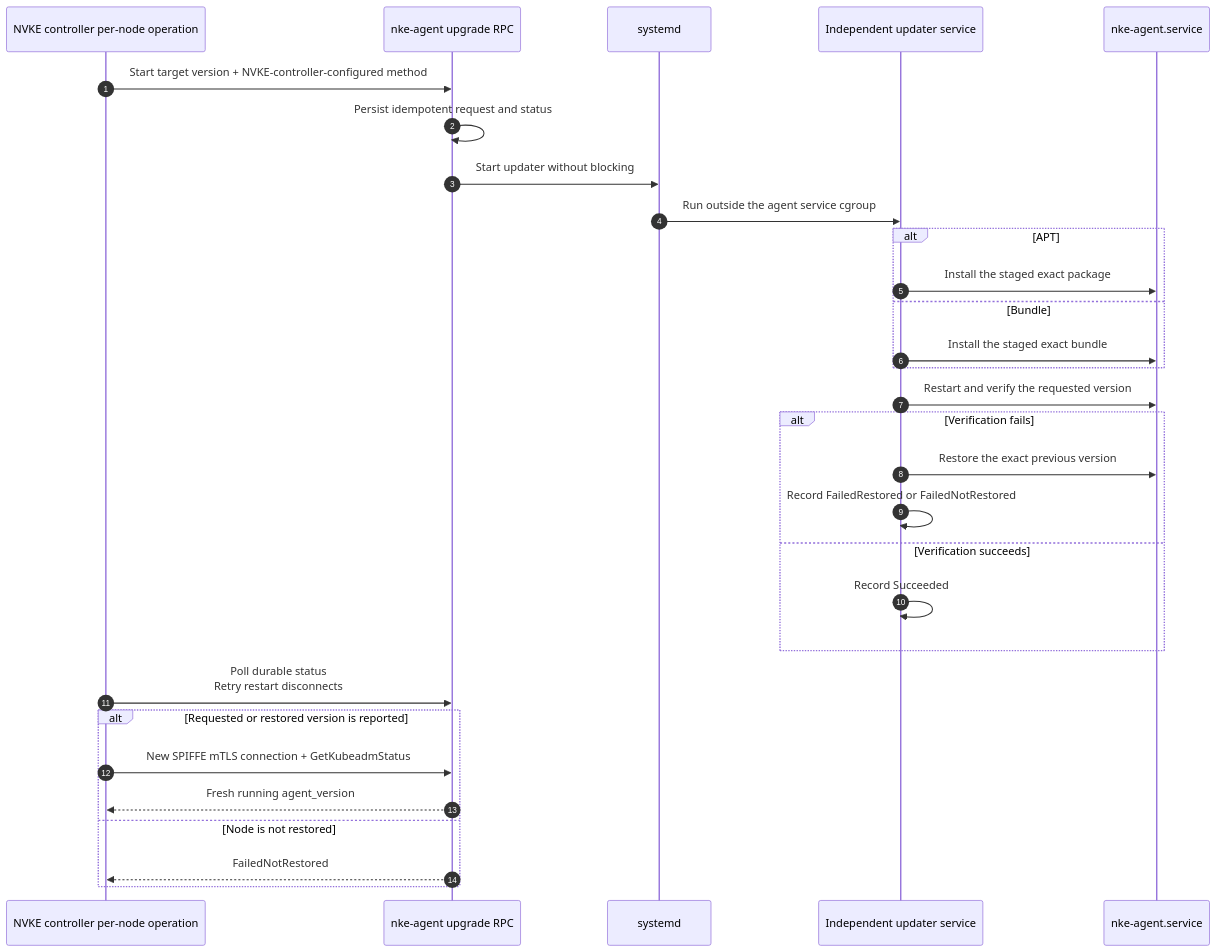
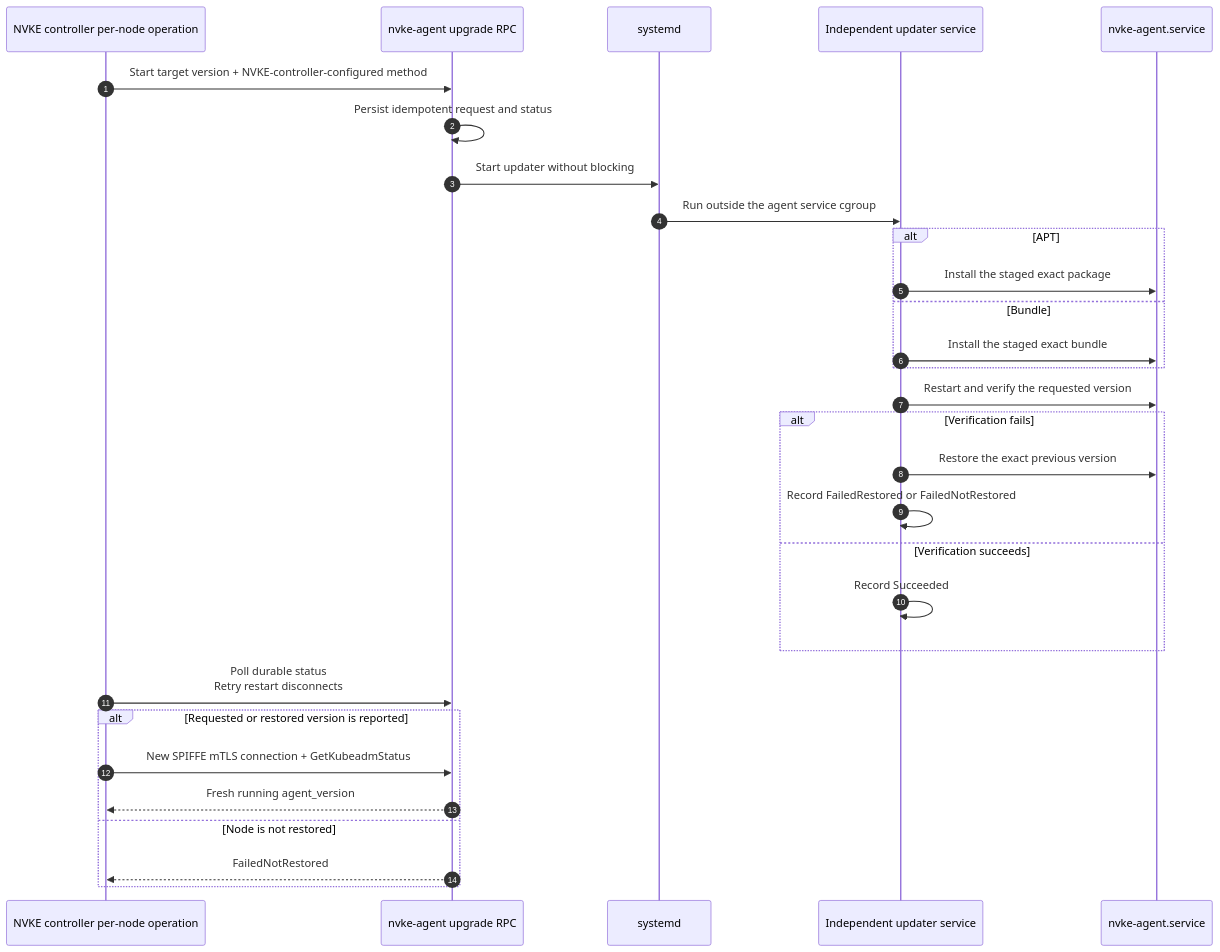
The third of 3 diagrams in agent/docs/in-place-update/in-place-rollout-design.md (FrankSpitulski/nvke), drawn with Mermaid before and after one commit. The commit also changed other lines of this file and 179 other files, not shown here.

First line of the commit message:
fix(agent): rename node agent package and contracts to nvke (#1565)

````diff
--- a/agent/docs/in-place-update/in-place-rollout-design.md
+++ b/agent/docs/in-place-update/in-place-rollout-design.md
@@ -96,33 +96,33 @@
 ```mermaid
 sequenceDiagram
     autonumber
     participant Operation as NVKE controller per-node operation
-    participant RPC as nke-agent upgrade RPC
+    participant RPC as nvke-agent upgrade RPC
     participant Systemd as systemd
     participant Updater as Independent updater service
-    participant Agent as nke-agent.service
+    participant Agent as nvke-agent.service
 
     Operation->>RPC: Start target version + NVKE-controller-configured method
     RPC->>RPC: Persist idempotent request and status
     RPC->>Systemd: Start updater without blocking
     Systemd->>Updater: Run outside the agent service cgroup
     alt APT
         Updater->>Agent: Install the staged exact package
     else Bundle
         Updater->>Agent: Install the staged exact bundle
     end
     Updater->>Agent: Restart and verify the requested version
     alt Verification fails
         Updater->>Agent: Restore the exact previous version
         Updater->>Updater: Record FailedRestored or FailedNotRestored
     else Verification succeeds
         Updater->>Updater: Record Succeeded
     end
     Operation->>RPC: Poll durable status<br/>Retry restart disconnects
     alt Requested or restored version is reported
         Operation->>RPC: New SPIFFE mTLS connection + GetKubeadmStatus
         RPC-->>Operation: Fresh running agent_version
     else Node is not restored
         RPC-->>Operation: FailedNotRestored
     end
 ```
````
